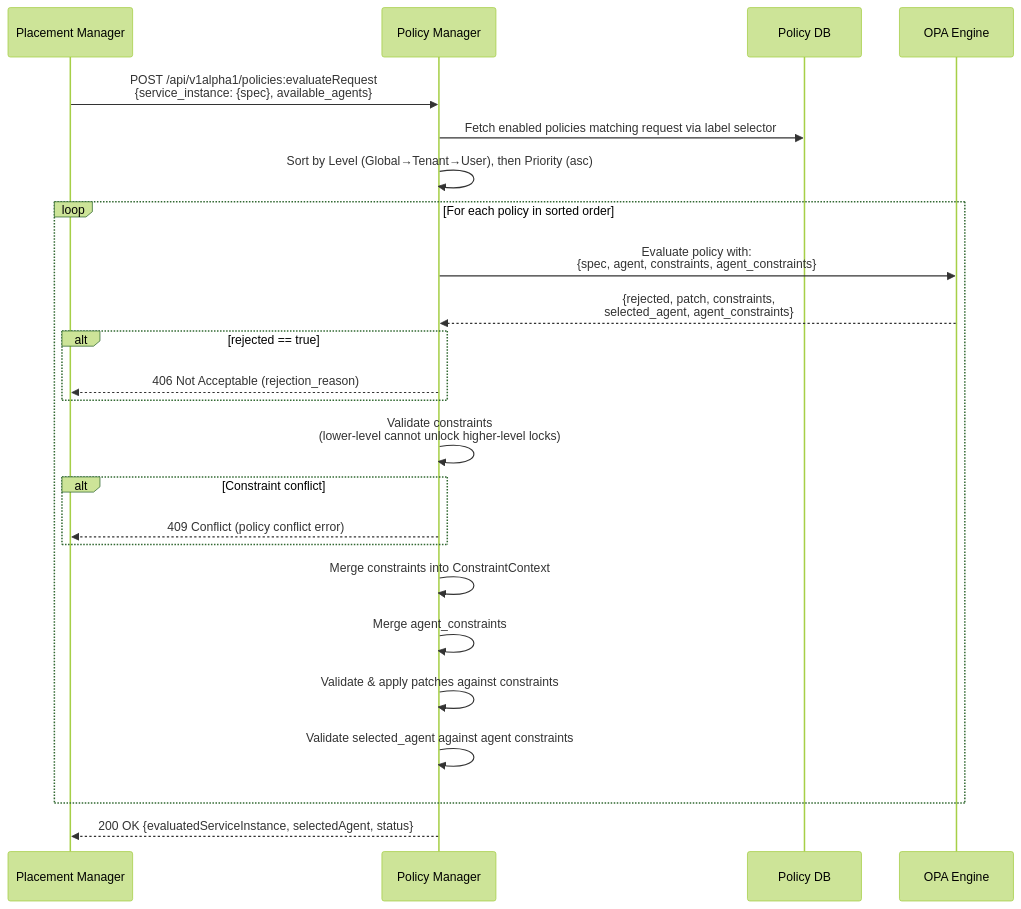
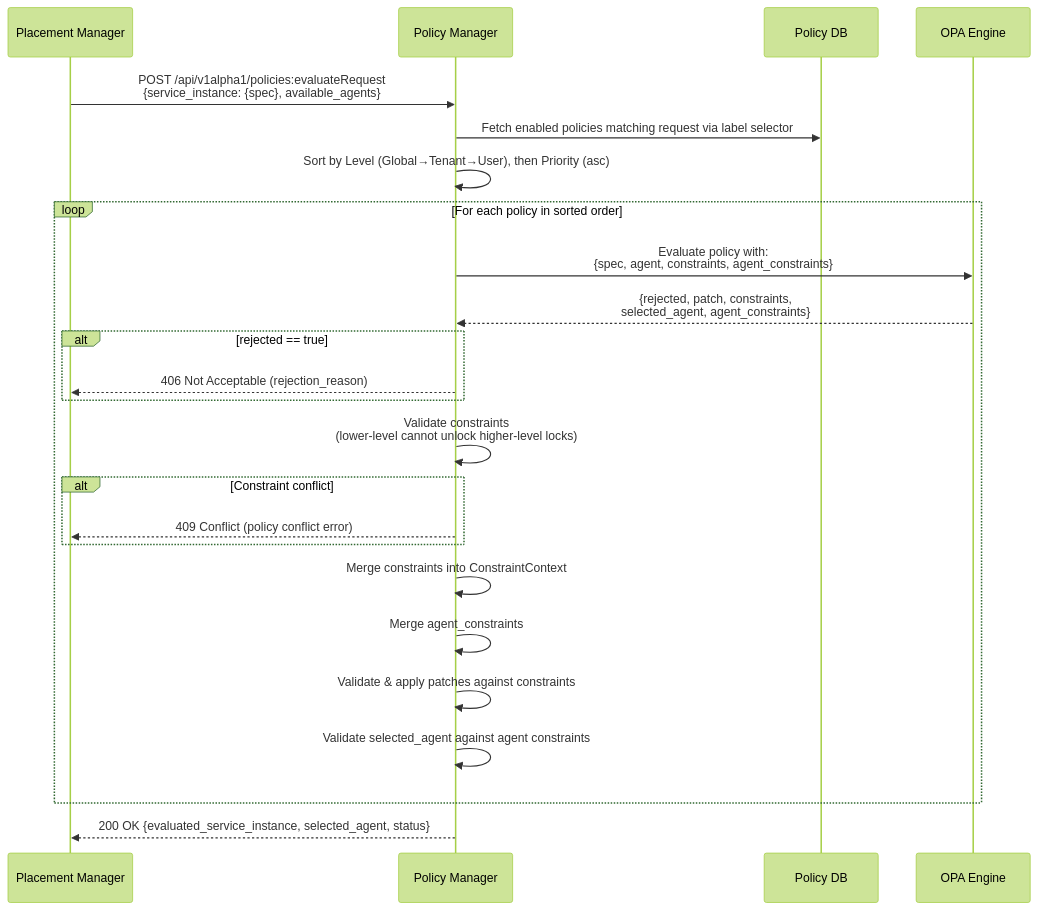
One commit to dcm-project/enhancements changed the third of 23 diagrams in enhancements/user-flows/user-flows.md. Above: the diagram before and after it, drawn with Mermaid (forest theme). The commit also changed other lines of this file and 19 other files, not shown here.

````diff
--- a/enhancements/user-flows/user-flows.md
+++ b/enhancements/user-flows/user-flows.md
@@ -180,33 +180,33 @@
 ```mermaid
 sequenceDiagram
     participant PM as Placement Manager
     participant PE as Policy Manager
     participant DB as Policy DB
     participant OPA as OPA Engine
 
     PM->>PE: POST /api/v1alpha1/policies:evaluateRequest<br/>{service_instance: {spec}, available_agents}
 
     PE->>DB: Fetch enabled policies matching request via label selector
     PE->>PE: Sort by Level (Global→Tenant→User), then Priority (asc)
 
     loop For each policy in sorted order
         PE->>OPA: Evaluate policy with:<br/>{spec, agent, constraints, agent_constraints}
         OPA-->>PE: {rejected, patch, constraints,<br/>selected_agent, agent_constraints}
 
         alt rejected == true
             PE-->>PM: 406 Not Acceptable (rejection_reason)
         end
 
         PE->>PE: Validate constraints<br/>(lower-level cannot unlock higher-level locks)
         alt Constraint conflict
             PE-->>PM: 409 Conflict (policy conflict error)
         end
 
         PE->>PE: Merge constraints into ConstraintContext
         PE->>PE: Merge agent_constraints
         PE->>PE: Validate & apply patches against constraints
         PE->>PE: Validate selected_agent against agent constraints
     end
 
-    PE-->>PM: 200 OK {evaluatedServiceInstance, selectedAgent, status}
+    PE-->>PM: 200 OK {evaluated_service_instance, selected_agent, status}
 ```
````
